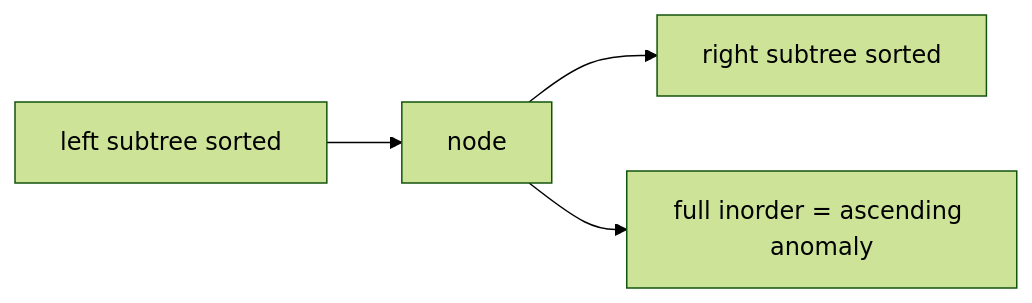
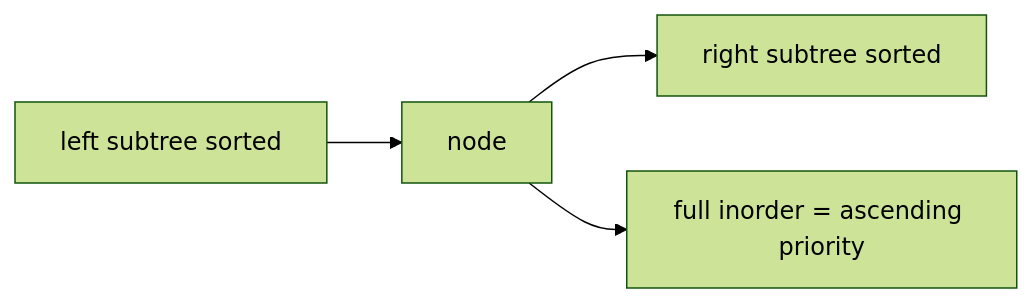
Before and after one commit to qgjones9/python-programming-guide: the sixth of 7 diagrams in docs/dsa/data-structures/binary-search-tree/index.md, drawn with Mermaid (forest theme). The commit also changed other lines of this file and 31 other files, not shown here.

````diff
--- a/docs/dsa/data-structures/binary-search-tree/index.md
+++ b/docs/dsa/data-structures/binary-search-tree/index.md
@@ -513,5 +514,5 @@
 ```mermaid
 flowchart LR
-  L["left subtree sorted"] --> N["node"] --> R["right subtree sorted"]
-  N --> OUT["full inorder = ascending anomaly"]
+ L["left subtree sorted"] --> N["node"] --> R["right subtree sorted"]
+ N --> OUT["full inorder = ascending priority"]
 ```
````
